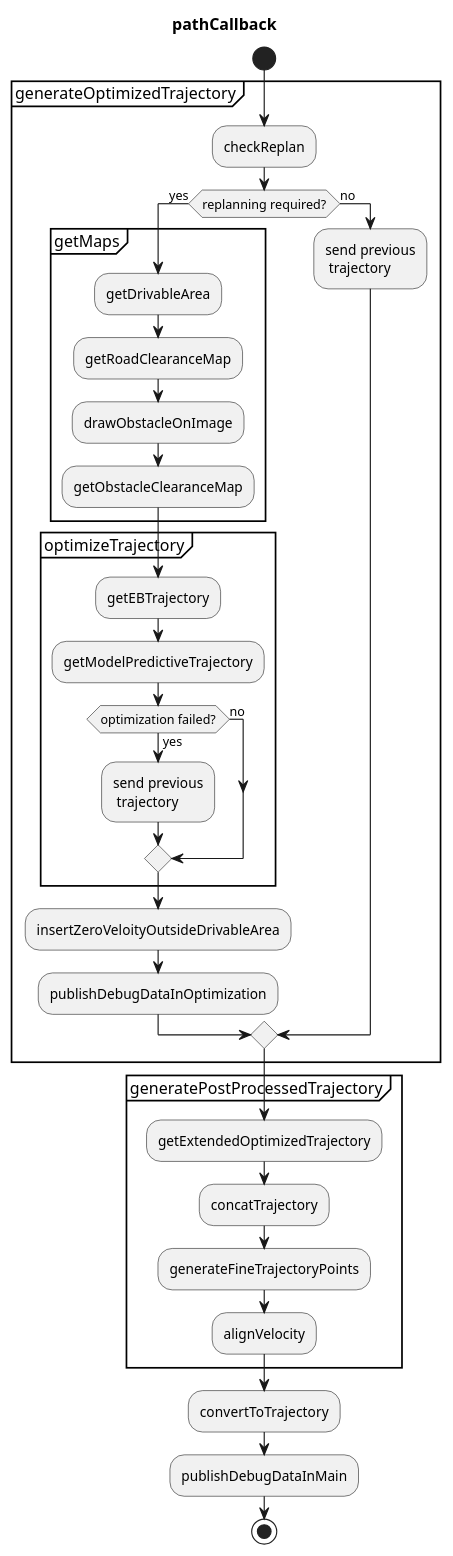
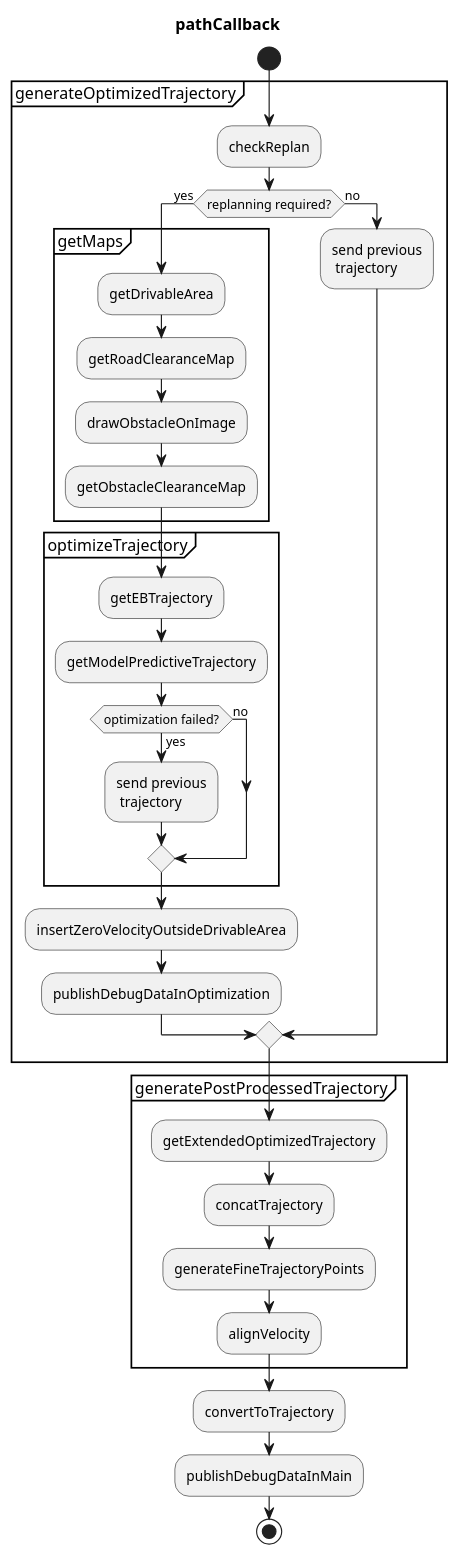
One commit to boyali/autoware.universe changed the diagram in planning/obstacle_avoidance_planner/README.md. Above: the diagram before and after it, drawn with PlantUML. The commit also changed 2 other files, not shown here.

````diff
--- a/planning/obstacle_avoidance_planner/README.md
+++ b/planning/obstacle_avoidance_planner/README.md
@@ -27,48 +27,48 @@
 ```plantuml
 @startuml
 title pathCallback
 start
 
 group generateOptimizedTrajectory
   :checkReplan;
   if (replanning required?) then (yes)
     group getMaps
       :getDrivableArea;
       :getRoadClearanceMap;
       :drawObstacleOnImage;
       :getObstacleClearanceMap;
     end group
 
     group optimizeTrajectory
       :getEBTrajectory;
       :getModelPredictiveTrajectory;
 
       if (optimization failed?) then (no)
       else (yes)
         :send previous\n trajectory;
       endif
     end group
 
-    :insertZeroVeloityOutsideDrivableArea;
+    :insertZeroVelocityOutsideDrivableArea;
 
     :publishDebugDataInOptimization;
   else (no)
     :send previous\n trajectory;
   endif
 end group
 
 
 group generatePostProcessedTrajectory
   :getExtendedOptimizedTrajectory;
   :concatTrajectory;
   :generateFineTrajectoryPoints;
   :alignVelocity;
 end group
 
 :convertToTrajectory;
 
 :publishDebugDataInMain;
 
 stop
 @enduml
 ```
````
